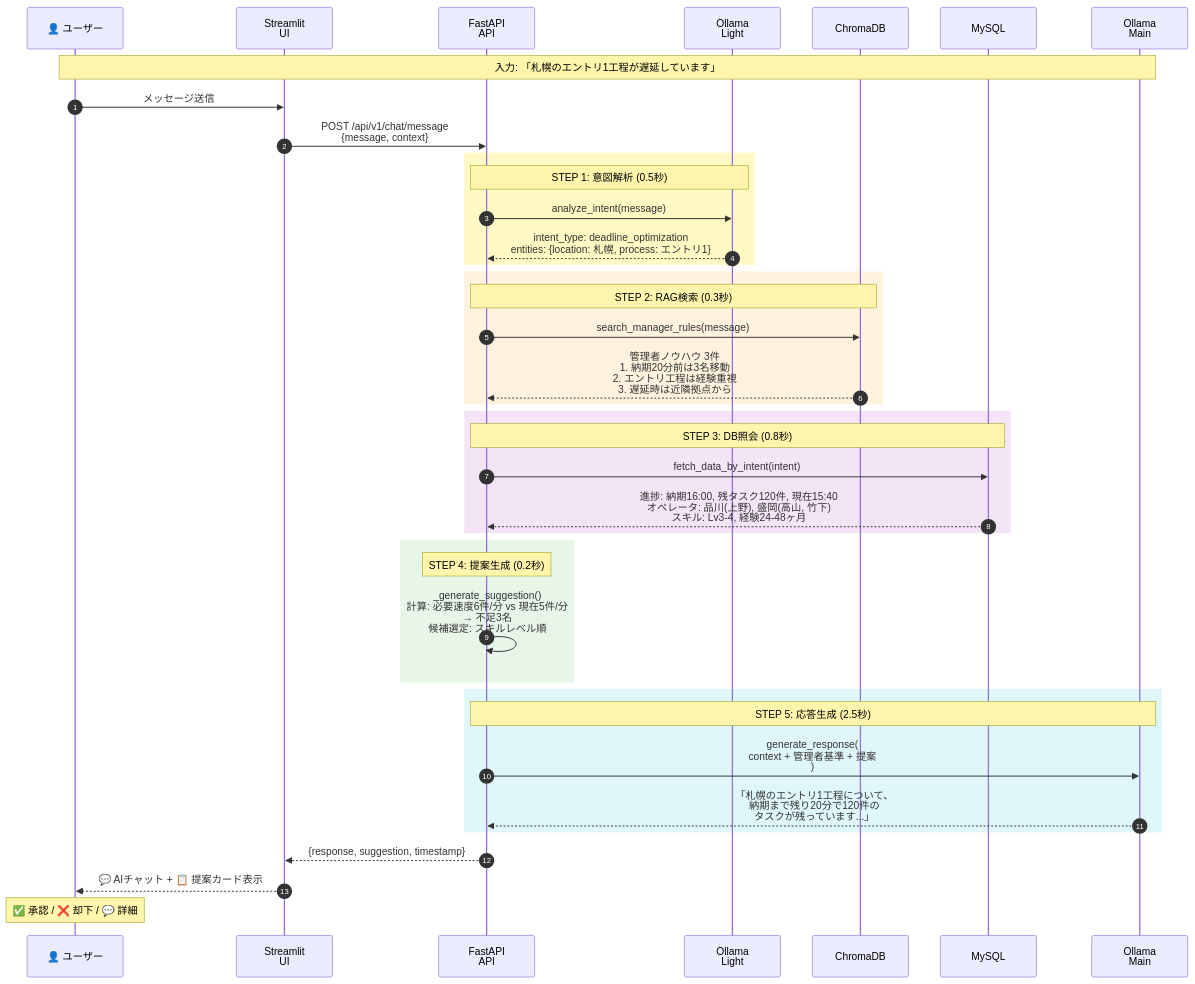
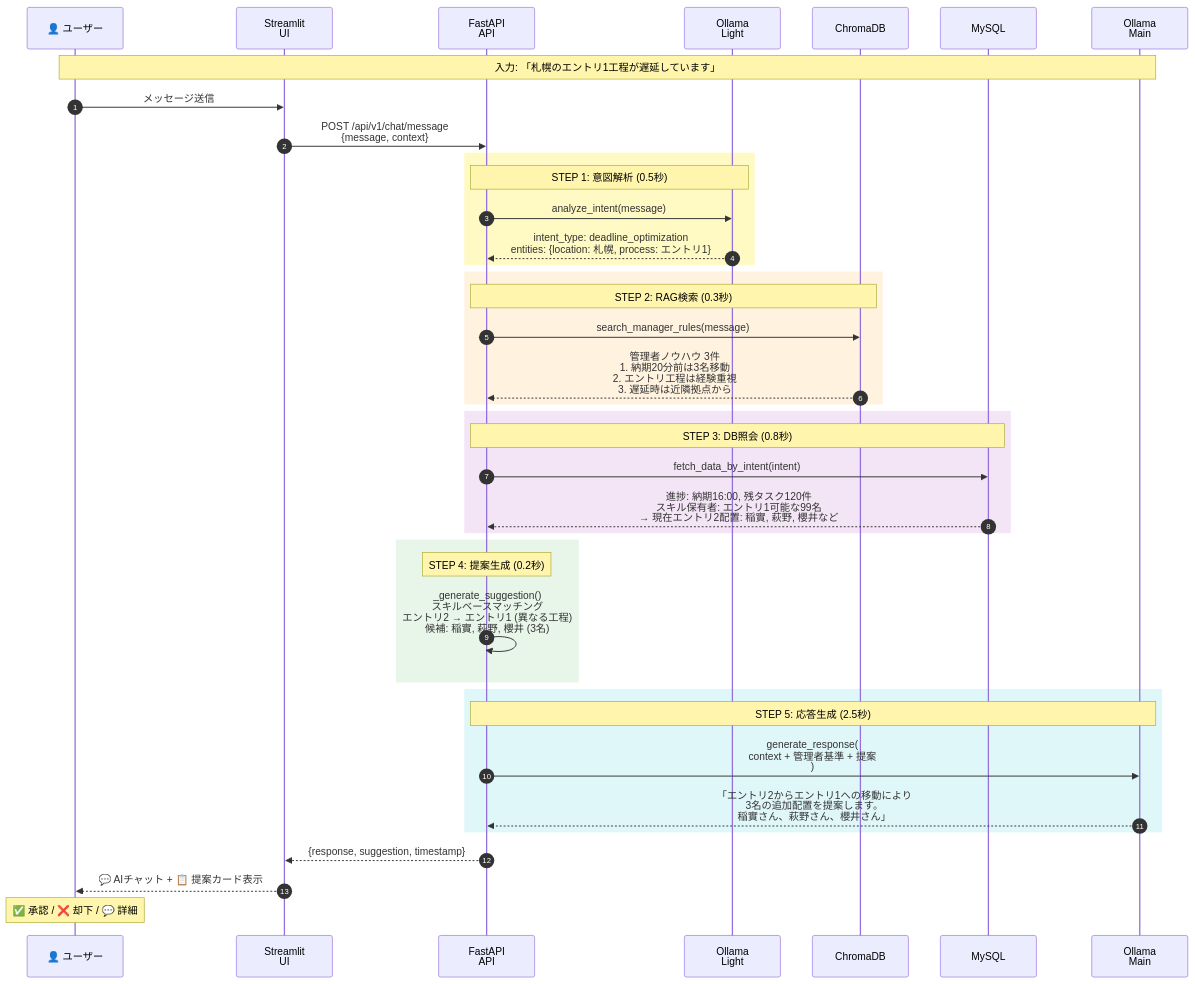
One commit to EraX-1/aimee-fe changed the second of 5 diagrams in SYSTEM_OVERVIEW.md. Above: the diagram before and after it, drawn with Mermaid. The commit also changed other lines of this file and 2 other files, not shown here.

````diff
--- a/SYSTEM_OVERVIEW.md
+++ b/SYSTEM_OVERVIEW.md
@@ -118,51 +118,51 @@
 ```mermaid
 sequenceDiagram
     autonumber
 
     participant U as 👤 ユーザー
     participant UI as Streamlit<br/>UI
     participant API as FastAPI<br/>API
     participant Light as Ollama<br/>Light
     participant Chroma as ChromaDB
     participant DB as MySQL
     participant Main as Ollama<br/>Main
 
     Note over U,Main: 入力: 「札幌のエントリ1工程が遅延しています」
 
     U->>UI: メッセージ送信
     UI->>API: POST /api/v1/chat/message<br/>{message, context}
 
     rect rgb(255, 249, 196)
     Note over API,Light: STEP 1: 意図解析 (0.5秒)
     API->>Light: analyze_intent(message)
     Light-->>API: intent_type: deadline_optimization<br/>entities: {location: 札幌, process: エントリ1}
     end
 
     rect rgb(255, 243, 224)
     Note over API,Chroma: STEP 2: RAG検索 (0.3秒)
     API->>Chroma: search_manager_rules(message)
     Chroma-->>API: 管理者ノウハウ 3件<br/>1. 納期20分前は3名移動<br/>2. エントリ工程は経験重視<br/>3. 遅延時は近隣拠点から
     end
 
     rect rgb(243, 229, 245)
     Note over API,DB: STEP 3: DB照会 (0.8秒)
     API->>DB: fetch_data_by_intent(intent)
-    DB-->>API: 進捗: 納期16:00, 残タスク120件, 現在15:40<br/>オペレータ: 品川(上野), 盛岡(高山, 竹下)<br/>スキル: Lv3-4, 経験24-48ヶ月
+    DB-->>API: 進捗: 納期16:00, 残タスク120件<br/>スキル保有者: エントリ1可能な99名<br/>→ 現在エントリ2配置: 稲實, 萩野, 櫻井など
     end
 
     rect rgb(232, 245, 233)
     Note over API: STEP 4: 提案生成 (0.2秒)
-    API->>API: _generate_suggestion()<br/>計算: 必要速度6件/分 vs 現在5件/分<br/>→ 不足3名<br/>候補選定: スキルレベル順
+    API->>API: _generate_suggestion()<br/>スキルベースマッチング<br/>エントリ2 → エントリ1 (異なる工程)<br/>候補: 稲實, 萩野, 櫻井 (3名)
     end
 
     rect rgb(224, 247, 250)
     Note over API,Main: STEP 5: 応答生成 (2.5秒)
     API->>Main: generate_response(<br/>  context + 管理者基準 + 提案<br/>)
-    Main-->>API: 「札幌のエントリ1工程について、<br/>納期まで残り20分で120件の<br/>タスクが残っています...」
+    Main-->>API: 「エントリ2からエントリ1への移動により<br/>3名の追加配置を提案します。<br/>稲實さん、萩野さん、櫻井さん」
     end
 
     API-->>UI: {response, suggestion, timestamp}
     UI-->>U: 💬 AIチャット + 📋 提案カード表示
 
     Note over U: ✅ 承認 / ❌ 却下 / 💬 詳細
 ```
````
